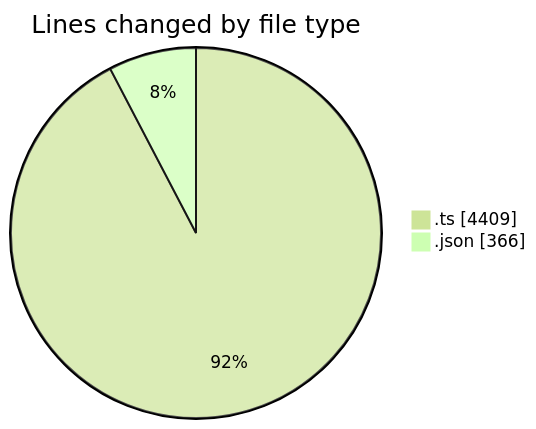
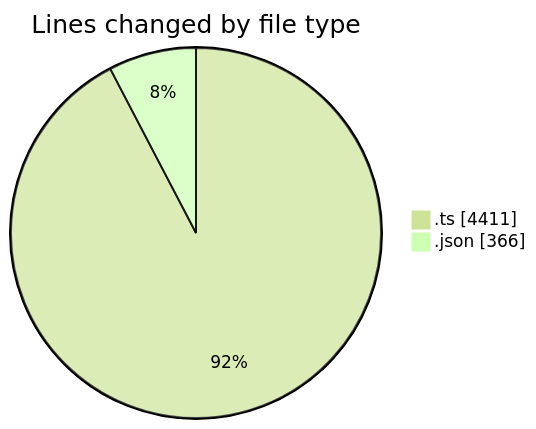
Before and after one commit to momahboobian/code-tracking: the first of 2 diagrams in 2025-10-27/cda/README.md, drawn with Mermaid (forest theme). The commit also changed other lines of this file and 1 other file, not shown here.

````diff
--- a/2025-10-27/cda/README.md
+++ b/2025-10-27/cda/README.md
@@ -26,6 +26,6 @@
 ```mermaid
 pie showData
 title Lines changed by file type
-".ts" : 4409
+".ts" : 4411
 ".json" : 366
 ```
````
